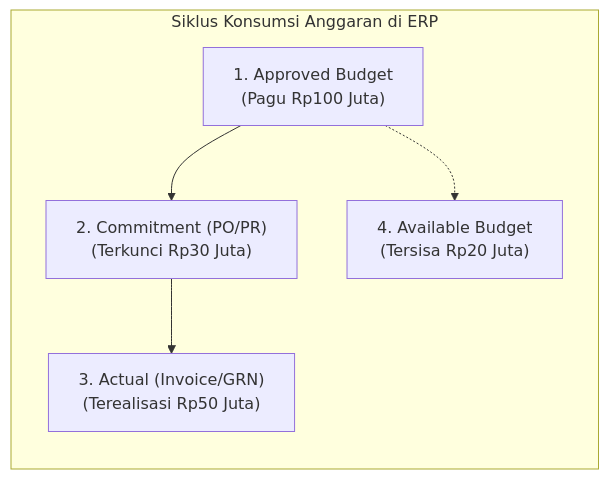
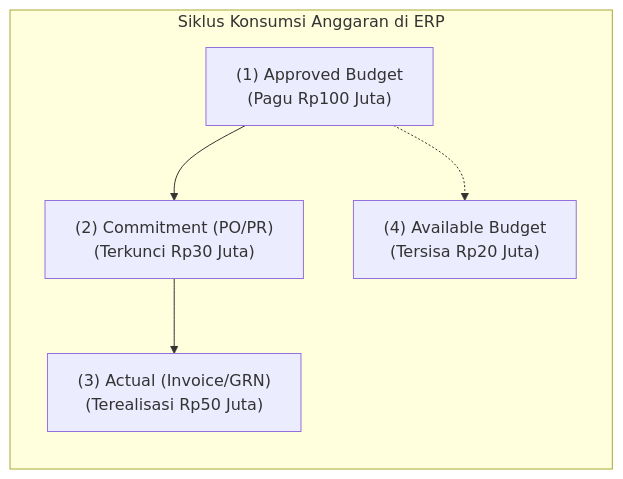
The first of 2 diagrams in content/07-finance/budget-management.md (alimurrofid/erp-notes), drawn with Mermaid before and after one commit. The commit also changed 132 other files, not shown here.

````diff
--- a/content/07-finance/budget-management.md
+++ b/content/07-finance/budget-management.md
@@ -18,12 +18,12 @@
 ```mermaid
 flowchart LR
     subgraph BudgetLifecycle["Siklus Konsumsi Anggaran di ERP"]
-        Appr["1. Approved Budget<br/>(Pagu Rp100 Juta)"]
-        Comm["2. Commitment (PO/PR)<br/>(Terkunci Rp30 Juta)"]
-        Act["3. Actual (Invoice/GRN)<br/>(Terealisasi Rp50 Juta)"]
-        Avail["4. Available Budget<br/>(Tersisa Rp20 Juta)"]
+        Appr["(1) Approved Budget<br/>(Pagu Rp100 Juta)"]
+        Comm["(2) Commitment (PO/PR)<br/>(Terkunci Rp30 Juta)"]
+        Act["(3) Actual (Invoice/GRN)<br/>(Terealisasi Rp50 Juta)"]
+        Avail["(4) Available Budget<br/>(Tersisa Rp20 Juta)"]
     end
     Appr --> Comm
     Comm --> Act
     Appr -.-> Avail
 ```
````
